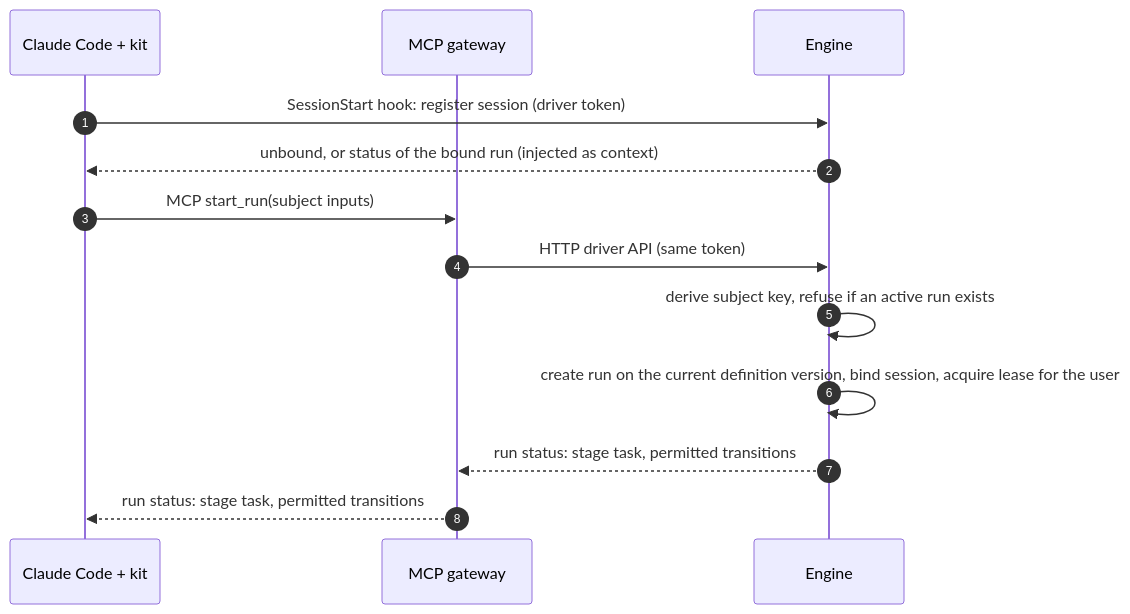
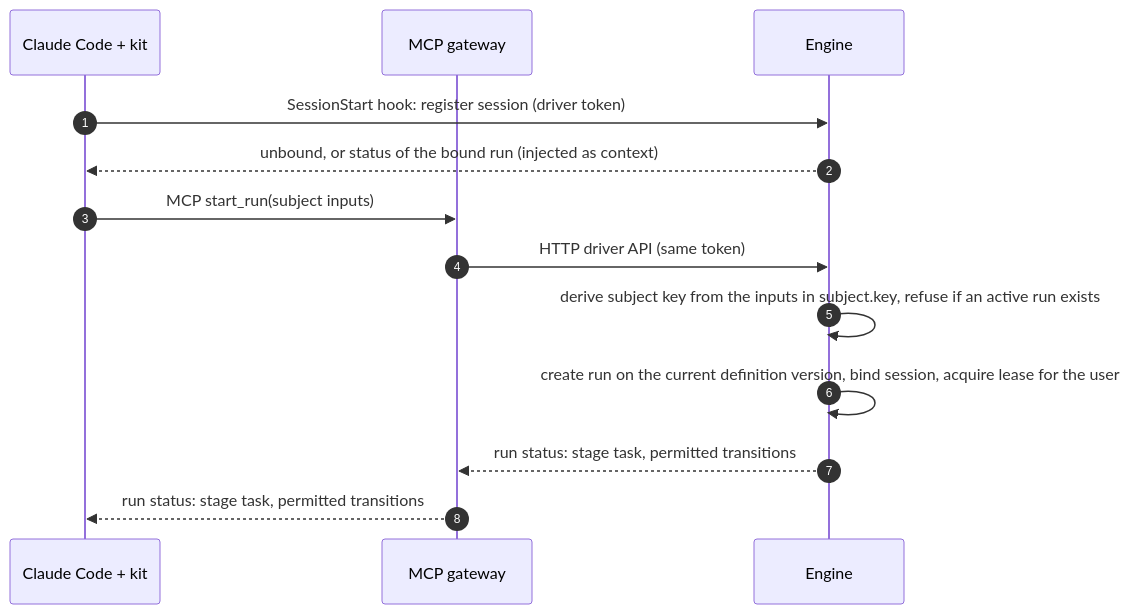
The first of 9 diagrams in docs/architecture/sequences.md (JoDi-27/ai-workflow-poc), drawn with Mermaid before and after one commit. The commit also changed other lines of this file and 10 other files, not shown here.

````diff
--- a/docs/architecture/sequences.md
+++ b/docs/architecture/sequences.md
@@ -9,15 +9,15 @@
 ```mermaid
 sequenceDiagram
   autonumber
   participant CC as Claude Code + kit
   participant G as MCP gateway
   participant E as Engine
   CC->>E: SessionStart hook: register session (driver token)
   E-->>CC: unbound, or status of the bound run (injected as context)
   CC->>G: MCP start_run(subject inputs)
   G->>E: HTTP driver API (same token)
-  E->>E: derive subject key, refuse if an active run exists
+  E->>E: derive subject key from the inputs in subject.key, refuse if an active run exists
   E->>E: create run on the current definition version, bind session, acquire lease for the user
   E-->>G: run status: stage task, permitted transitions
   G-->>CC: run status: stage task, permitted transitions
 ```
````
